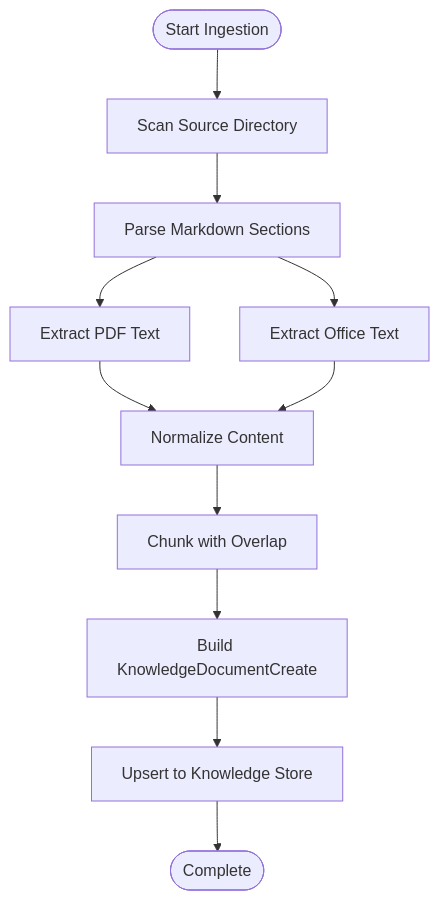
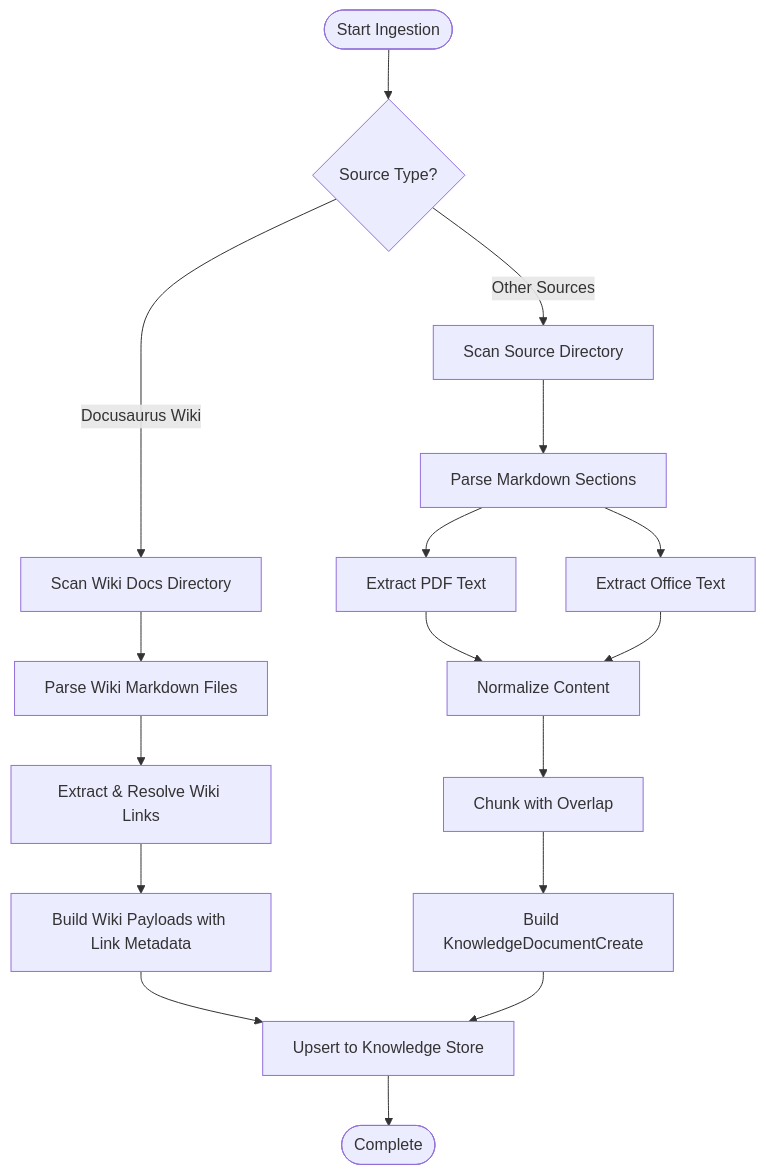
The third of 6 diagrams in .qoder/repowiki/en/content/Knowledge Management/Knowledge Ingestion Pipeline.md (intellistream/sage-mate), drawn with Mermaid before and after one commit. The commit also changed other lines of this file and 136 other files, not shown here.

First line of the commit message:
chore: source updates, bidirectional link graph, data and repowiki refresh

````diff
--- a/.qoder/repowiki/en/content/Knowledge Management/Knowledge Ingestion Pipeline.md
+++ b/.qoder/repowiki/en/content/Knowledge Management/Knowledge Ingestion Pipeline.md
@@ -116,13 +136,19 @@
 ```mermaid
 flowchart TD
-Start(["Start Ingestion"]) --> Scan["Scan Source Directory"]
+Start(["Start Ingestion"]) --> CheckType{"Source Type?"}
+CheckType --> |Docusaurus Wiki| WikiScan["Scan Wiki Docs Directory"]
+CheckType --> |Other Sources| Scan["Scan Source Directory"]
+WikiScan --> ParseWikiMD["Parse Wiki Markdown Files"]
+ParseWikiMD --> ExtractWikiLinks["Extract & Resolve Wiki Links"]
+ExtractWikiLinks --> BuildWikiPayloads["Build Wiki Payloads with Link Metadata"]
 Scan --> ParseMD["Parse Markdown Sections"]
 ParseMD --> ExtractPDF["Extract PDF Text"]
 ParseMD --> ExtractOffice["Extract Office Text"]
 ExtractPDF --> Normalize["Normalize Content"]
 ExtractOffice --> Normalize
 Normalize --> Chunk["Chunk with Overlap"]
 Chunk --> BuildPayloads["Build KnowledgeDocumentCreate"]
-BuildPayloads --> Upsert["Upsert to Knowledge Store"]
+BuildWikiPayloads --> Upsert["Upsert to Knowledge Store"]
+BuildPayloads --> Upsert
 Upsert --> End(["Complete"])
 ```
````
